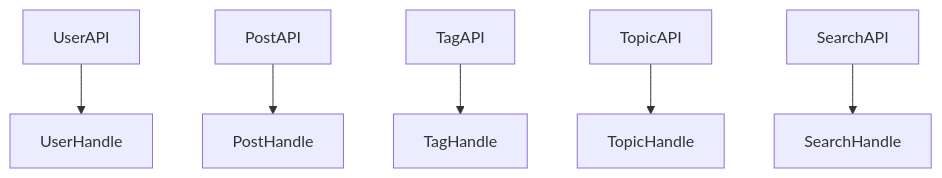
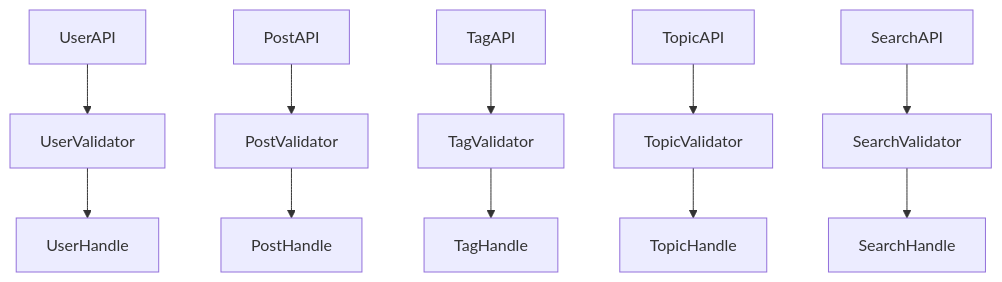
The fifth of 6 diagrams in docs/ShaderLabAPI.md (Sieluna/ShaderLab-Draft), drawn with Mermaid before and after one commit. The commit also changed other lines of this file and 25 other files, not shown here.

````diff
--- a/docs/ShaderLabAPI.md
+++ b/docs/ShaderLabAPI.md
@@ -88,8 +91,8 @@
 ```mermaid
 graph TD;
-    UserAPI --> UserHandle
-    PostAPI --> PostHandle
-    TagAPI --> TagHandle
-    TopicAPI --> TopicHandle
-    SearchAPI --> SearchHandle
+    UserAPI --> UserValidator --> UserHandle
+    PostAPI --> PostValidator --> PostHandle
+    TagAPI --> TagValidator --> TagHandle
+    TopicAPI --> TopicValidator --> TopicHandle
+    SearchAPI --> SearchValidator --> SearchHandle
 ```
````
